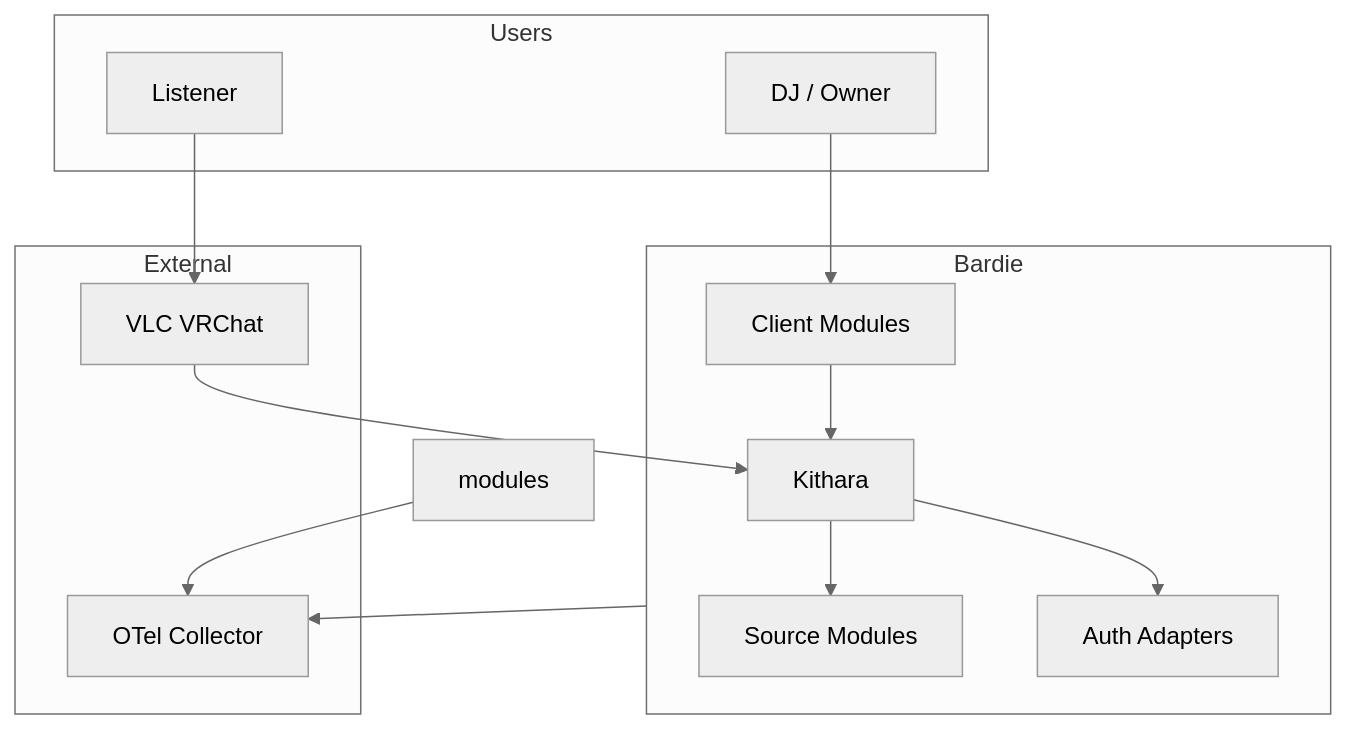
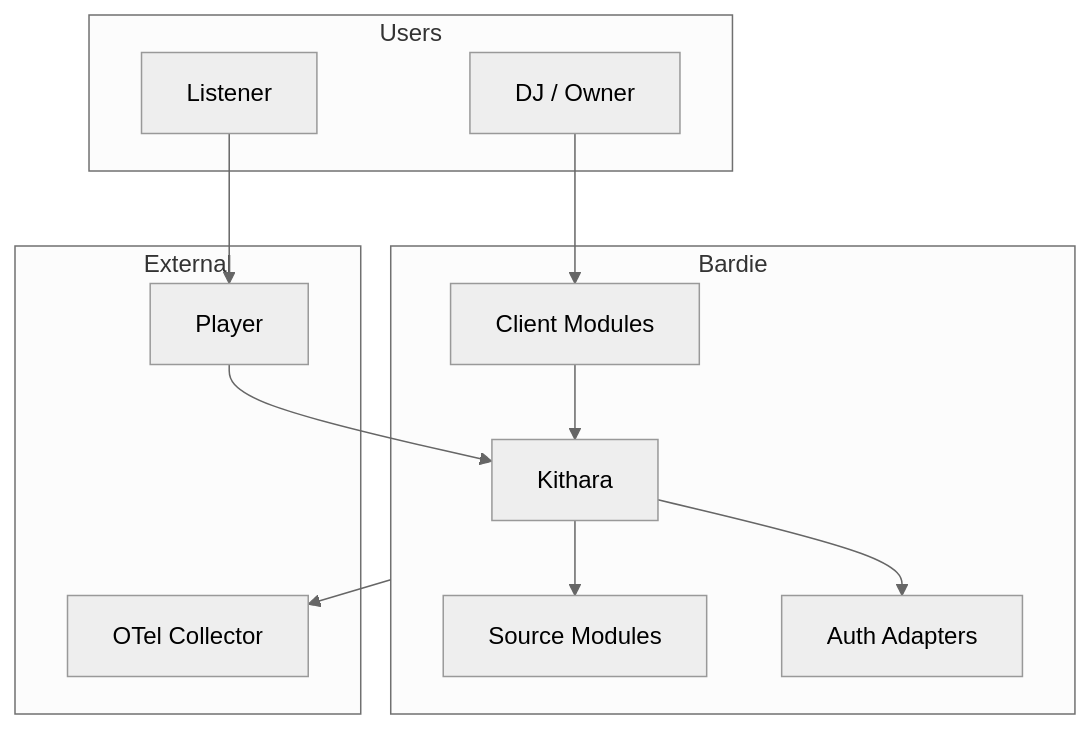
Before and after one commit to Bardie-radio/bardie-kithara: the diagram in docs/architecture/overview/01-system-context.md, drawn with Mermaid (neutral theme). The commit also changed other lines of this file and 31 other files, not shown here.

````diff
--- a/docs/architecture/overview/01-system-context.md
+++ b/docs/architecture/overview/01-system-context.md
@@ -3,25 +4,24 @@
 ```mermaid
 flowchart TB
   subgraph users [Users]
     Listener[Listener]
     DJ[DJ / Owner]
   end
   subgraph bardie [Bardie]
     Kithara[Kithara]
     Clients[Client Modules]
     Src[Source Modules]
     Auth[Auth Adapters]
   end
   subgraph external [External]
-    Players[VLC VRChat]
+    Players[Player]
     OTel[OTel Collector]
   end
   DJ --> Clients
   Listener --> Players
   Clients --> Kithara
   Players --> Kithara
   Kithara --> Src
   Kithara --> Auth
   bardie --> OTel
-  modules --> OTel
 ```
````
